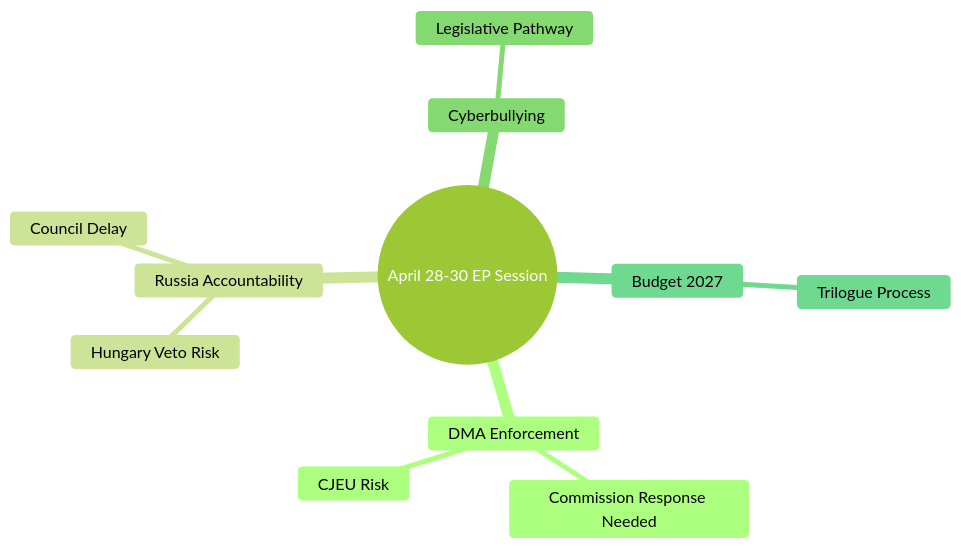
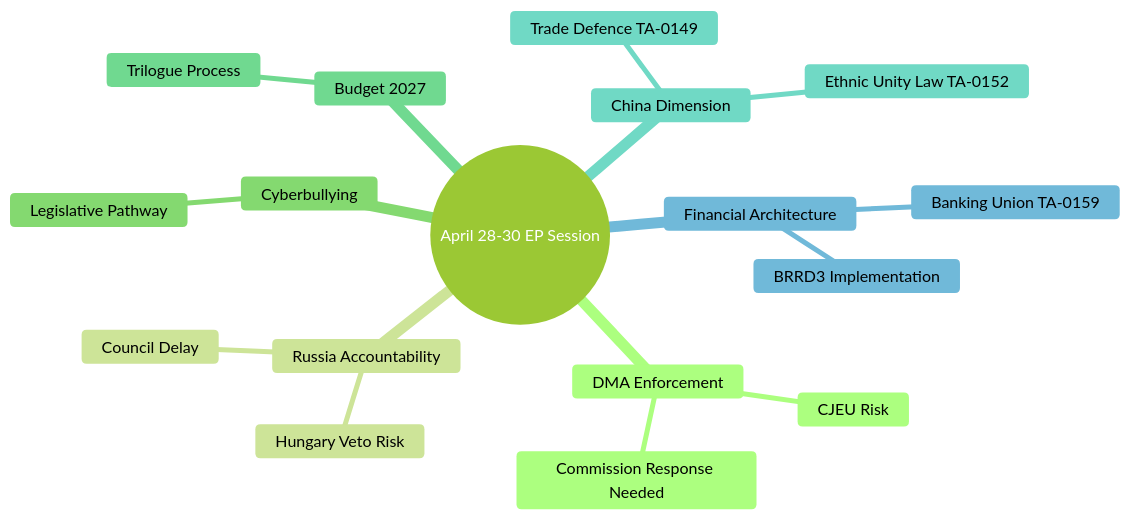
One commit to Hack23/euparliamentmonitor changed the diagram in analysis/daily/2026-05-05/breaking/intelligence/synthesis-summary.md. Above: the diagram before and after it, drawn with Mermaid (forest theme). The commit also changed other lines of this file and 38 other files, not shown here.

````diff
--- a/analysis/daily/2026-05-05/breaking/intelligence/synthesis-summary.md
+++ b/analysis/daily/2026-05-05/breaking/intelligence/synthesis-summary.md
@@ -205,14 +232,20 @@
 ```mermaid
 mindmap
   root((April 28-30 EP Session))
     DMA Enforcement
       Commission Response Needed
       CJEU Risk
     Russia Accountability
       Hungary Veto Risk
       Council Delay
     Cyberbullying
       Legislative Pathway
     Budget 2027
       Trilogue Process
+    China Dimension
+      Trade Defence TA-0149
+      Ethnic Unity Law TA-0152
+    Financial Architecture
+      Banking Union TA-0159
+      BRRD3 Implementation
 ```
````
